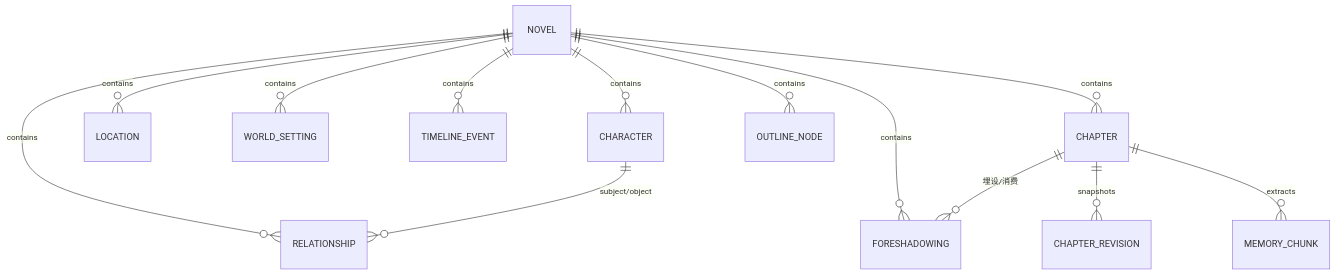
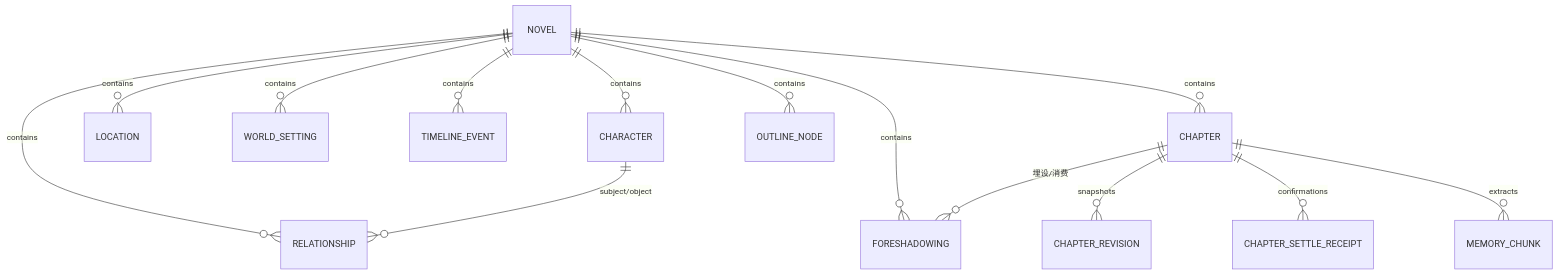
One commit to teagreen0424-collab/Write changed the diagram in docs/03-数据模型.md. Above: the diagram before and after it, drawn with Mermaid. The commit also changed other lines of this file and 17 other files, not shown here.

````diff
--- a/docs/03-数据模型.md
+++ b/docs/03-数据模型.md
@@ -11,15 +11,16 @@
 ```mermaid
 erDiagram
     NOVEL ||--o{ CHARACTER : contains
     NOVEL ||--o{ LOCATION : contains
     NOVEL ||--o{ WORLD_SETTING : contains
     NOVEL ||--o{ TIMELINE_EVENT : contains
     NOVEL ||--o{ FORESHADOWING : contains
     NOVEL ||--o{ CHAPTER : contains
     CHAPTER ||--o{ CHAPTER_REVISION : snapshots
+    CHAPTER ||--o{ CHAPTER_SETTLE_RECEIPT : confirmations
     NOVEL ||--o{ OUTLINE_NODE : contains
     NOVEL ||--o{ RELATIONSHIP : contains
     CHARACTER ||--o{ RELATIONSHIP : "subject/object"
     CHAPTER ||--o{ FORESHADOWING : "埋设/消费"
     CHAPTER ||--o{ MEMORY_CHUNK : extracts
 ```
````
